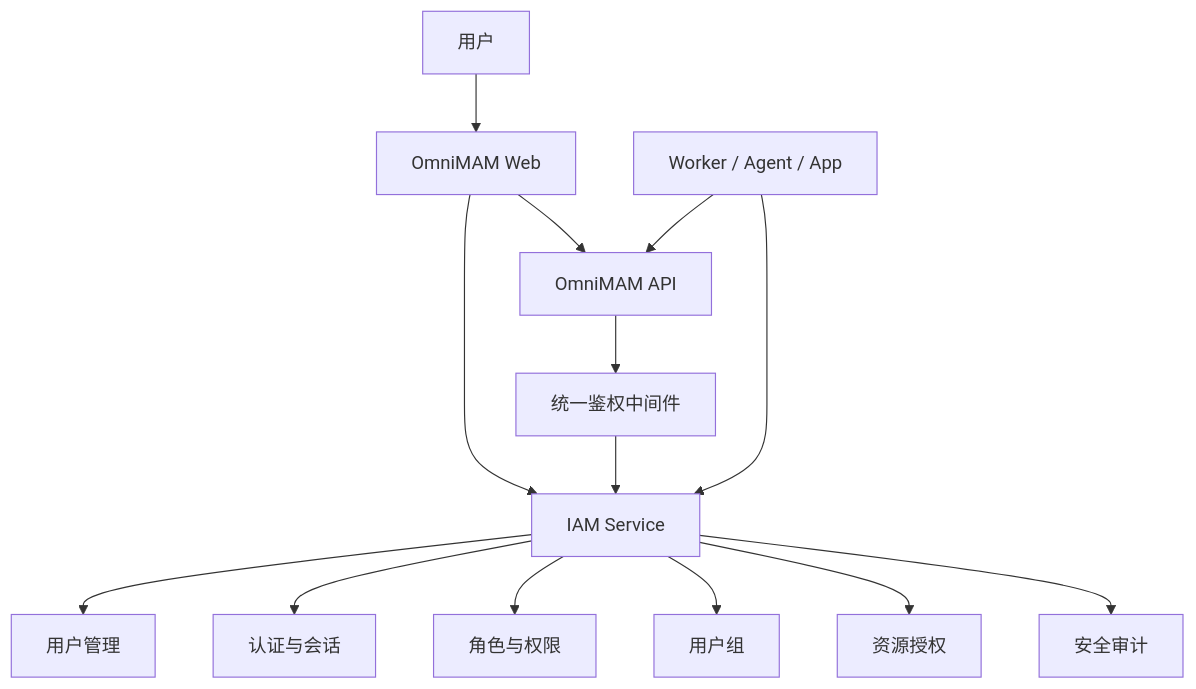
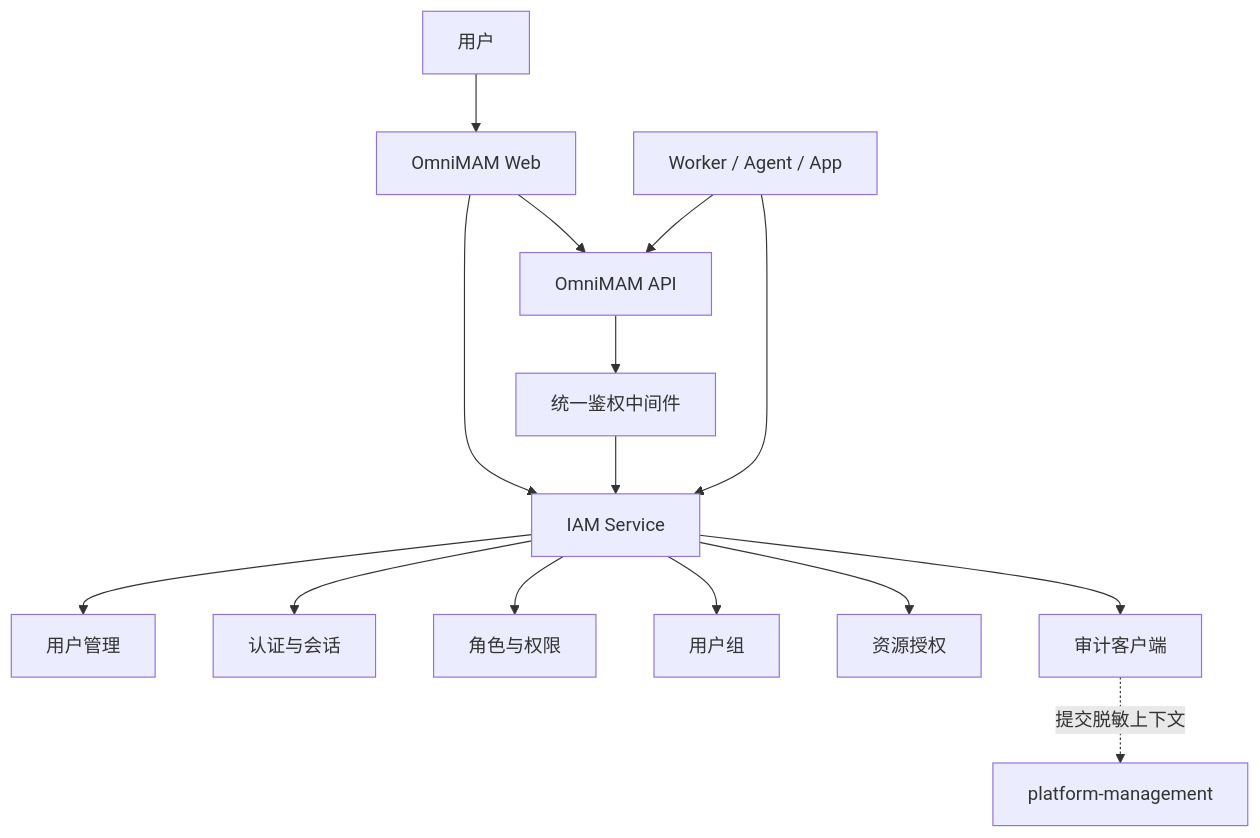
One commit to wangweihong/omnimam-spec changed the first of 10 diagrams in 00_product/domains/identity/product-spec.md. Above: the diagram before and after it, drawn with Mermaid. The commit also changed other lines of this file and 12 other files, not shown here.

````diff
--- a/00_product/domains/identity/product-spec.md
+++ b/00_product/domains/identity/product-spec.md
@@ -228,20 +228,22 @@
 ```mermaid
 flowchart TB
     U["用户"] --> FE["OmniMAM Web"]
 
     FE --> IAM["IAM Service"]
     FE --> API["OmniMAM API"]
 
     IAM --> USER["用户管理"]
     IAM --> AUTH["认证与会话"]
     IAM --> ROLE["角色与权限"]
     IAM --> GROUP["用户组"]
     IAM --> GRANT["资源授权"]
-    IAM --> AUDIT["安全审计"]
+    IAM --> AUDIT["审计客户端"]
 
     API --> AUTHZ["统一鉴权中间件"]
     AUTHZ --> IAM
 
+    AUDIT -.提交脱敏上下文.-> PLATFORM["platform-management"]
+
     WORKER["Worker / Agent / App"] --> IAM
     WORKER --> API
 ```
````
